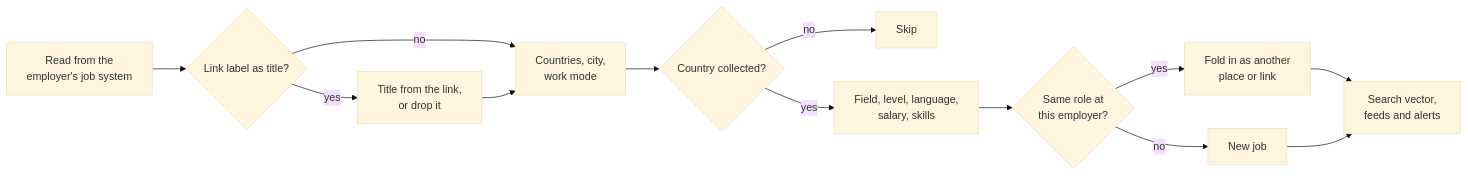
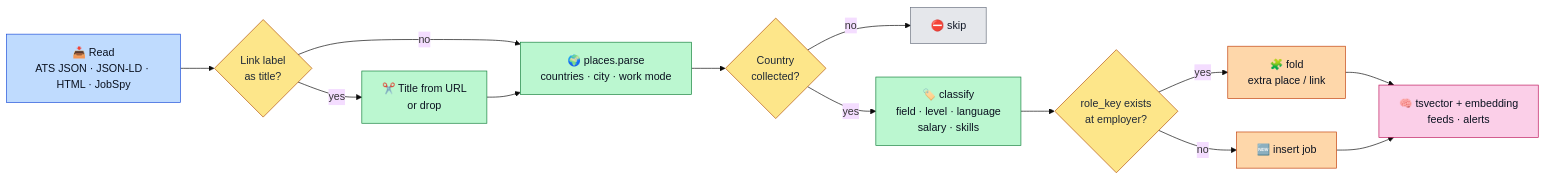
The fourth of 4 diagrams in README.md (emelian-chkaira/ai-career-tracker), drawn with Mermaid (base theme) before and after one commit. The commit also changed other lines of this file and 3 other files, not shown here.

First line of the commit message:
README: system-design infographic, coloured badges, job boards, AI mail and CV sections

````diff
--- a/README.md
+++ b/README.md
@@ -126,14 +239,20 @@
 ```mermaid
 flowchart LR
-  R["Read from the<br/>employer's job system"] --> T{"Link label as title?"}
-  T -- yes --> U["Title from the link,<br/>or drop it"]
+  R["📥 Read<br/>ATS JSON · JSON-LD · HTML · JobSpy"]:::a --> T{"Link label<br/>as title?"}:::q
+  T -- yes --> U["✂️ Title from URL<br/>or drop"]:::b
   T -- no --> P
-  U --> P["Countries, city,<br/>work mode"]
-  P --> K{"Country collected?"}
-  K -- no --> X["Skip"]
-  K -- yes --> C["Field, level, language,<br/>salary, skills"]
-  C --> F{"Same role at<br/>this employer?"}
-  F -- yes --> M["Fold in as another<br/>place or link"]
-  F -- no --> N["New job"]
-  M & N --> E["Search vector,<br/>feeds and alerts"]
+  U --> P["🌍 places.parse<br/>countries · city · work mode"]:::b
+  P --> K{"Country<br/>collected?"}:::q
+  K -- no --> X["⛔ skip"]:::x
+  K -- yes --> C["🏷️ classify<br/>field · level · language<br/>salary · skills"]:::b
+  C --> F{"role_key exists<br/>at employer?"}:::q
+  F -- yes --> M["🧩 fold<br/>extra place / link"]:::c
+  F -- no --> N["🆕 insert job"]:::c
+  M & N --> E["🧠 tsvector + embedding<br/>feeds · alerts"]:::d
+  classDef a fill:#bfdbfe,stroke:#1d4ed8,color:#0b1220
+  classDef b fill:#bbf7d0,stroke:#15803d,color:#0b1220
+  classDef c fill:#fed7aa,stroke:#c2410c,color:#0b1220
+  classDef d fill:#fbcfe8,stroke:#be185d,color:#0b1220
+  classDef q fill:#fde68a,stroke:#b45309,color:#1f2937
+  classDef x fill:#e5e7eb,stroke:#6b7280,color:#111827
 ```
````
